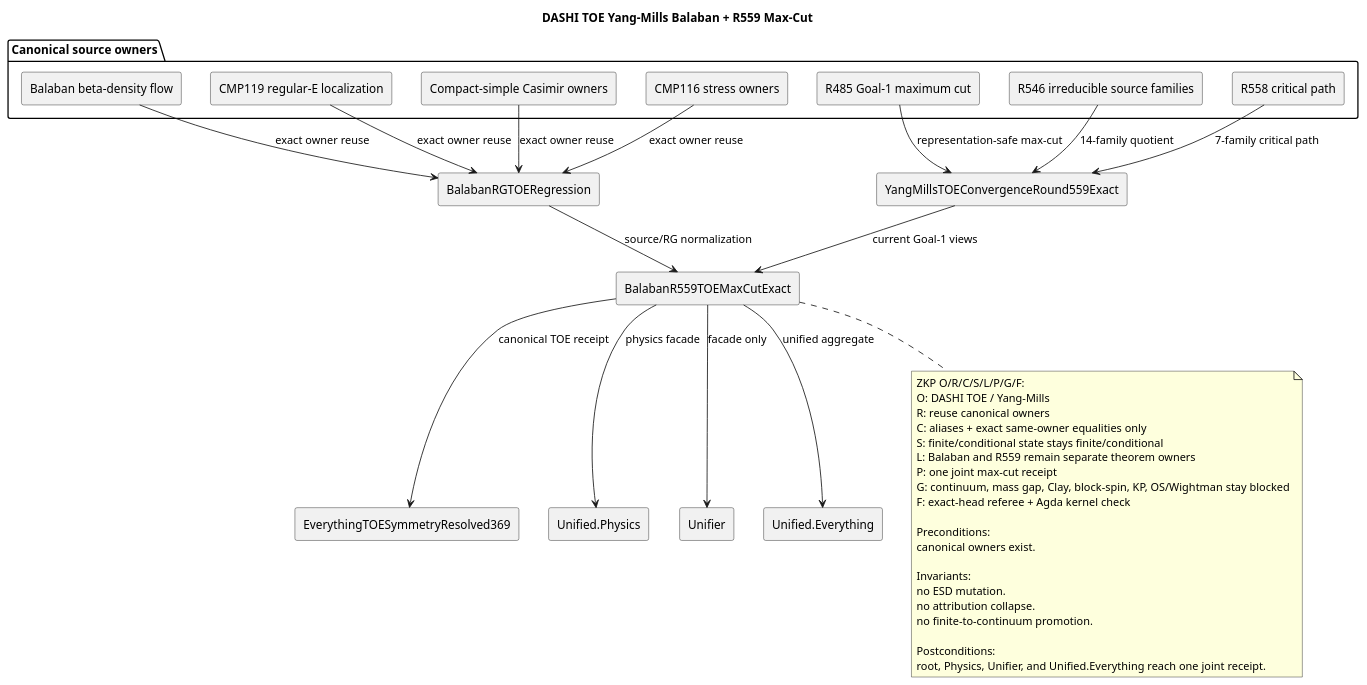
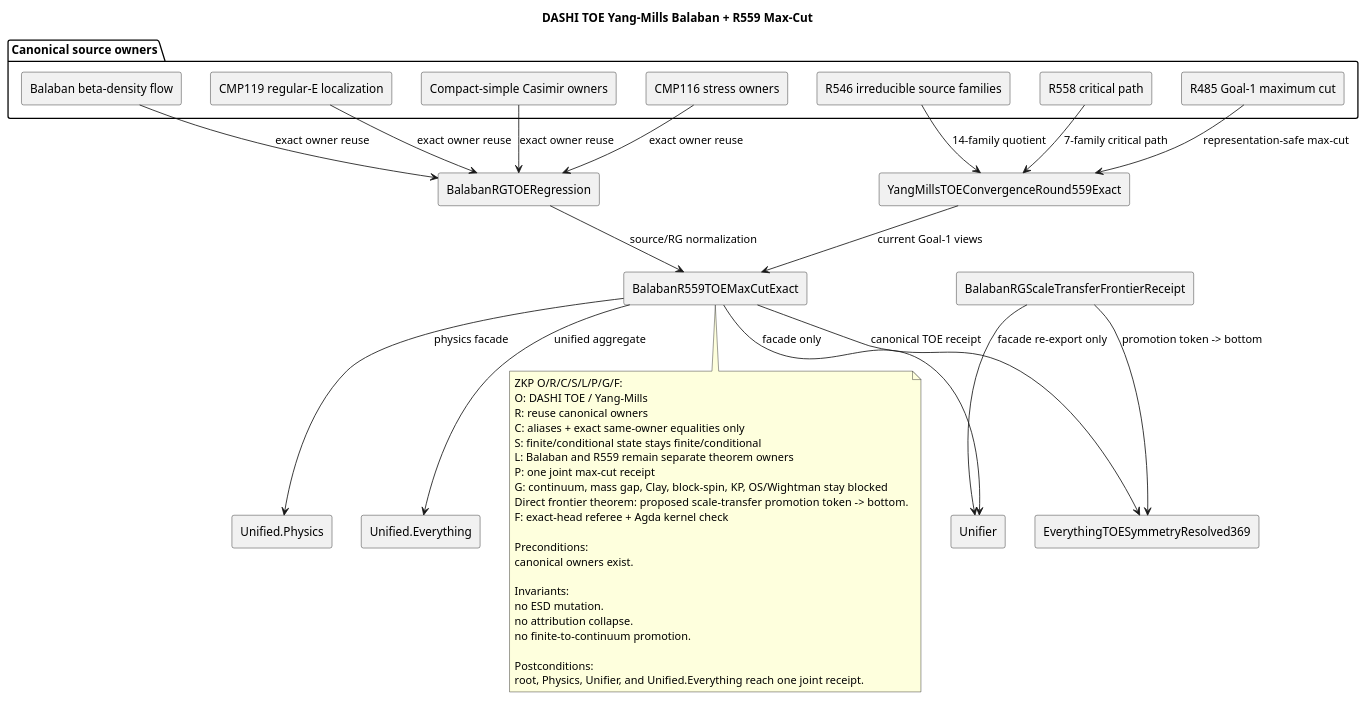
Before and after one commit to chboishabba/dashi_agda: the diagram in Docs/diagrams/balaban_r559_toe_maxcut.puml, drawn with PlantUML.

Commit message:
docs: show direct RG non-promotion edge in TOE C4 view

```diff
--- a/Docs/diagrams/balaban_r559_toe_maxcut.puml
+++ b/Docs/diagrams/balaban_r559_toe_maxcut.puml
@@ -1,64 +1,68 @@
 @startuml
 title DASHI TOE Yang-Mills Balaban + R559 Max-Cut
 
 skinparam componentStyle rectangle
 
 package "Canonical source owners" {
   component "Balaban beta-density flow" as Density
   component "CMP119 regular-E localization" as RegularE
   component "Compact-simple Casimir owners" as Casimir
   component "CMP116 stress owners" as Stress
   component "R485 Goal-1 maximum cut" as R485
   component "R546 irreducible source families" as R546
   component "R558 critical path" as R558
 }
 
 component "BalabanRGTOERegression" as Balaban
+component "BalabanRGScaleTransferFrontierReceipt" as RGNonPromotion
 component "YangMillsTOEConvergenceRound559Exact" as R559
 component "BalabanR559TOEMaxCutExact" as Joint
 component "EverythingTOESymmetryResolved369" as Root
 component "Unified.Physics" as Physics
 component "Unifier" as Unifier
 component "Unified.Everything" as Everything
 
 Density --> Balaban : exact owner reuse
 RegularE --> Balaban : exact owner reuse
 Casimir --> Balaban : exact owner reuse
 Stress --> Balaban : exact owner reuse
 
 R485 --> R559 : representation-safe max-cut
 R546 --> R559 : 14-family quotient
 R558 --> R559 : 7-family critical path
 
 Balaban --> Joint : source/RG normalization
 R559 --> Joint : current Goal-1 views
 
 Joint --> Root : canonical TOE receipt
 Joint --> Physics : physics facade
 Joint --> Unifier : facade only
 Joint --> Everything : unified aggregate
+RGNonPromotion --> Root : promotion token -> bottom
+RGNonPromotion --> Unifier : facade re-export only
 
 note bottom of Joint
 ZKP O/R/C/S/L/P/G/F:
 O: DASHI TOE / Yang-Mills
 R: reuse canonical owners
 C: aliases + exact same-owner equalities only
 S: finite/conditional state stays finite/conditional
 L: Balaban and R559 remain separate theorem owners
 P: one joint max-cut receipt
 G: continuum, mass gap, Clay, block-spin, KP, OS/Wightman stay blocked
+Direct frontier theorem: proposed scale-transfer promotion token -> bottom.
 F: exact-head referee + Agda kernel check
 
 Preconditions:
 canonical owners exist.
 
 Invariants:
 no ESD mutation.
 no attribution collapse.
 no finite-to-continuum promotion.
 
 Postconditions:
 root, Physics, Unifier, and Unified.Everything reach one joint receipt.
 end note
 
 @enduml
```
